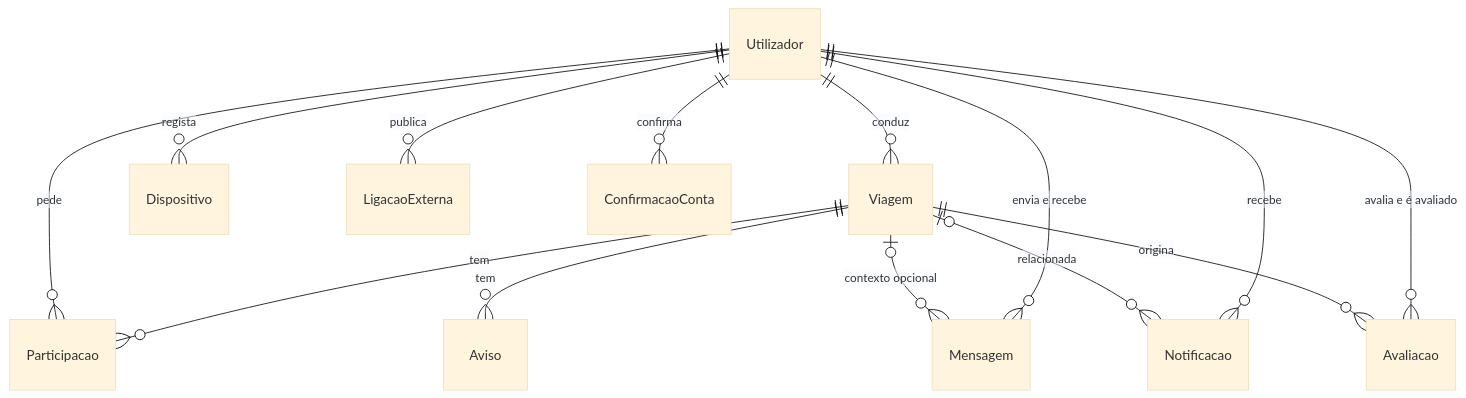
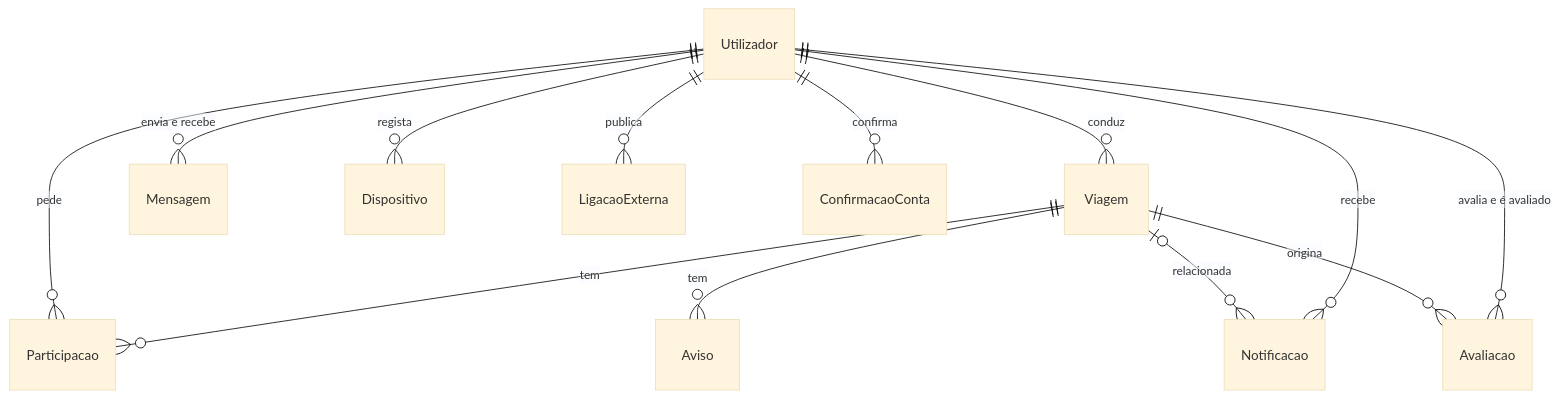
Before and after one commit to gobbrin/LDS2627: the fifth of 7 diagrams in docs/backend/arquitetura/GUIA-DO-CODIGO.md, drawn with Mermaid (base theme). The commit also changed other lines of this file and 149 other files, not shown here.

````diff
--- a/docs/backend/arquitetura/GUIA-DO-CODIGO.md
+++ b/docs/backend/arquitetura/GUIA-DO-CODIGO.md
@@ -218,16 +224,15 @@
 ```mermaid
 erDiagram
     Utilizador ||--o{ Viagem : "conduz"
     Utilizador ||--o{ Participacao : "pede"
     Viagem ||--o{ Participacao : "tem"
     Viagem ||--o{ Aviso : "tem"
-    Viagem |o--o{ Mensagem : "contexto opcional"
     Viagem |o--o{ Notificacao : "relacionada"
     Viagem ||--o{ Avaliacao : "origina"
     Utilizador ||--o{ Avaliacao : "avalia e é avaliado"
     Utilizador ||--o{ Mensagem : "envia e recebe"
     Utilizador ||--o{ Notificacao : "recebe"
     Utilizador ||--o{ Dispositivo : "regista"
     Utilizador ||--o{ LigacaoExterna : "publica"
     Utilizador ||--o{ ConfirmacaoConta : "confirma"
 ```
````
